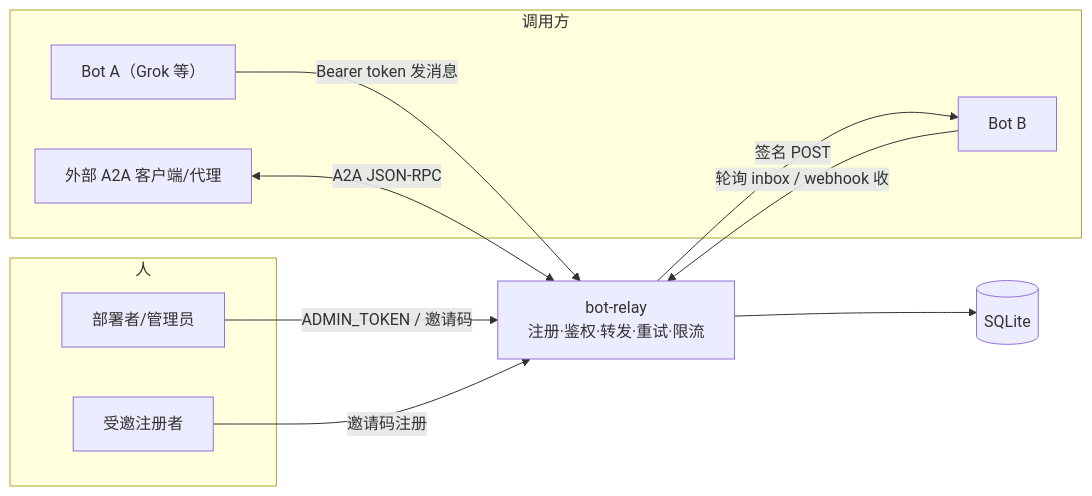
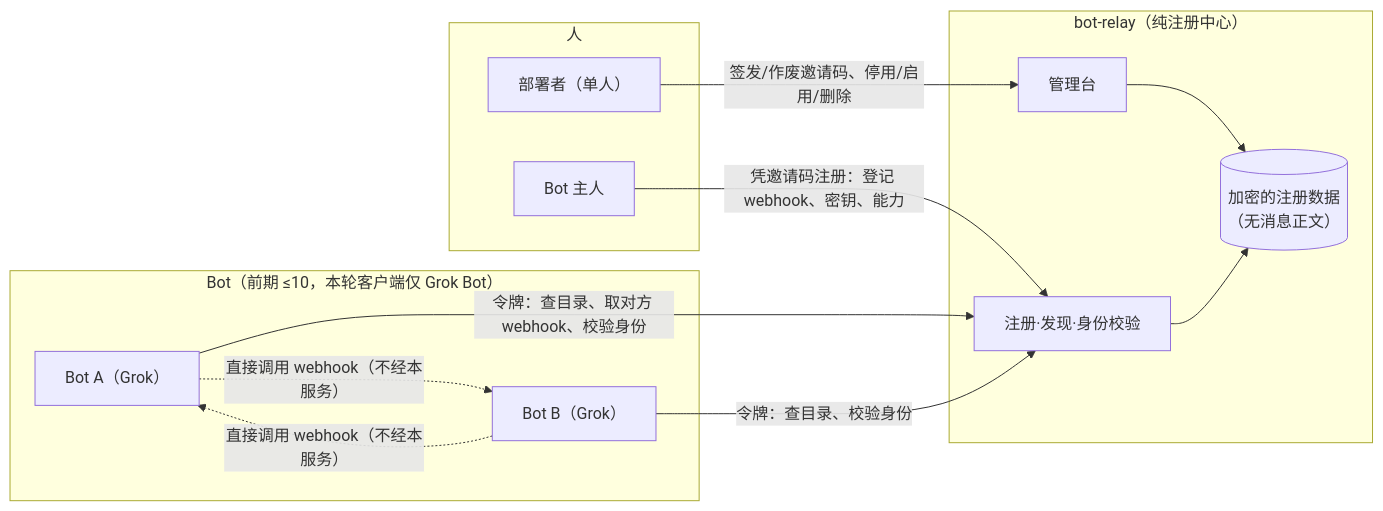
Before and after one commit to northernsong/bot-relay: the first of 2 diagrams in docs/redesign/PRD.md, drawn with Mermaid. The commit also changed other lines of this file, not shown here.

````diff
--- a/docs/redesign/PRD.md
+++ b/docs/redesign/PRD.md
@@ -15,21 +19,24 @@
 ```mermaid
 flowchart LR
-  subgraph 人
-    Admin["部署者/管理员"]
-    Invite["受邀注册者"]
+  subgraph People["人"]
+    Admin["部署者（单人）"]
+    Owner["Bot 主人"]
   end
-  subgraph Bot["调用方"]
-    BotA["Bot A（Grok 等）"]
-    BotB["Bot B"]
-    Ext["外部 A2A 客户端/代理"]
+  subgraph RC["bot-relay（纯注册中心）"]
+    Reg["注册·发现·身份校验"]
+    Console["管理台"]
+    Store[("加密的注册数据<br/>（无消息正文）")]
   end
-  Relay["bot-relay<br/>注册·鉴权·转发·重试·限流"]
-  DB[("SQLite")]
-  Admin -->|ADMIN_TOKEN / 邀请码| Relay
-  Invite -->|邀请码注册| Relay
-  BotA -->|Bearer token 发消息| Relay
-  BotB -->|轮询 inbox / webhook 收| Relay
-  Ext <-->|A2A JSON-RPC| Relay
-  Relay --> DB
-  Relay -->|签名 POST| BotB
+  subgraph Bots["Bot（前期 ≤10，本轮客户端仅 Grok Bot）"]
+    BotA["Bot A（Grok）"]
+    BotB["Bot B（Grok）"]
+  end
+  Admin -->|"签发/作废邀请码、停用/启用/删除"| Console
+  Owner -->|"凭邀请码注册：登记 webhook、密钥、能力"| Reg
+  BotA -->|"令牌：查目录、取对方 webhook、校验身份"| Reg
+  BotB -->|"令牌：查目录、校验身份"| Reg
+  Console --> Store
+  Reg --> Store
+  BotA -.->|"直接调用 webhook（不经本服务）"| BotB
+  BotB -.->|"直接调用 webhook（不经本服务）"| BotA
 ```
````
